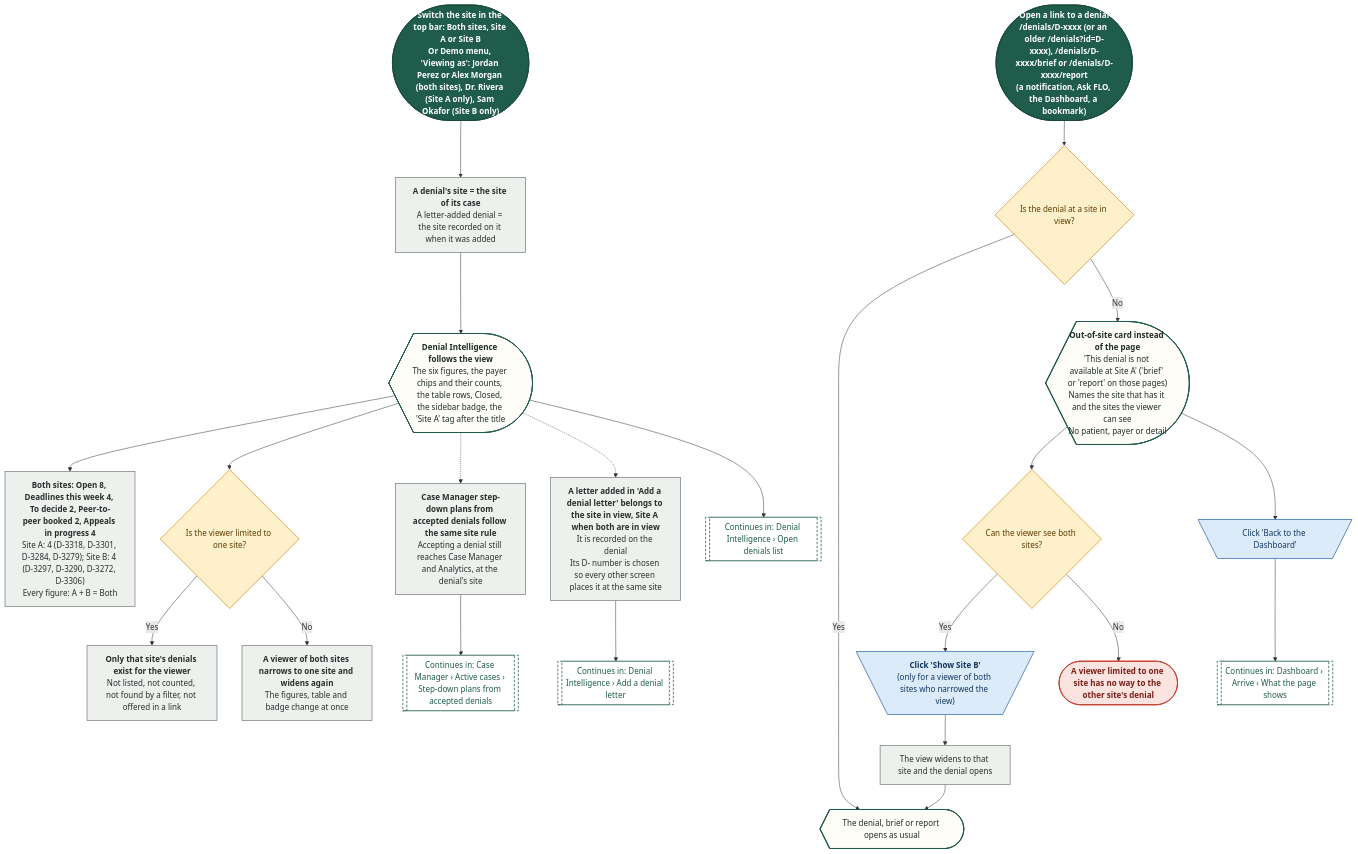
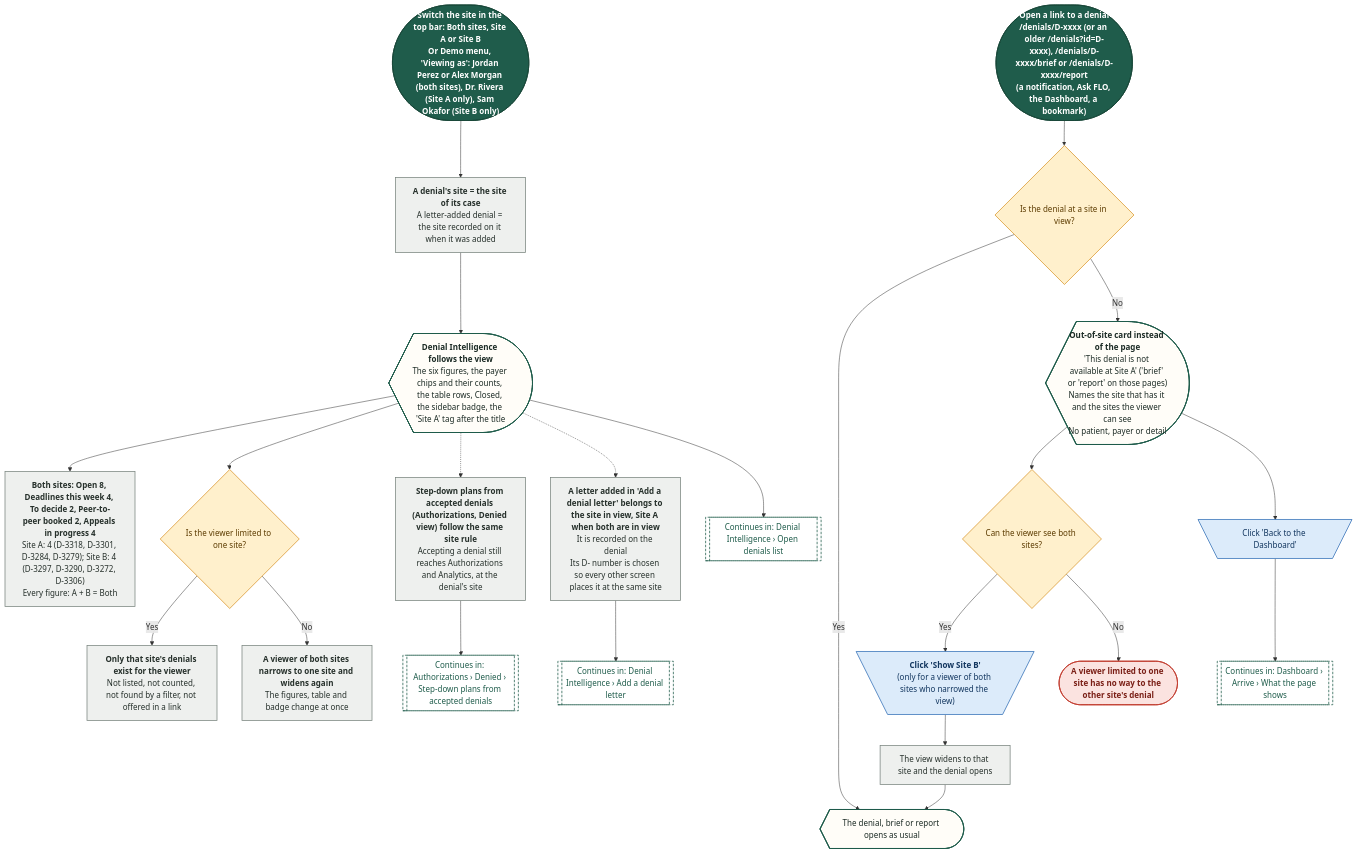
One commit to Shrav143/psyfloapp changed diagram 17 of 28 in demos/prior-auth-demo/workflows/out/md/06-denials.md. Above: the diagram before and after it, drawn with Mermaid. The commit also changed other lines of this file and 113 other files, not shown here.

First line of the commit message:
docs: workflow diagrams for the merged Authorizations (worklist, approved, reviews and tracked cases, sidebar arrow), every link retargeted, 336 diagrams

````diff
--- a/demos/prior-auth-demo/workflows/out/md/06-denials.md
+++ b/demos/prior-auth-demo/workflows/out/md/06-denials.md
@@ -1221,62 +1221,62 @@
 ```mermaid
 %%{init: {"theme":"base","themeVariables":{"fontFamily":"'DM Sans', 'Segoe UI', system-ui, sans-serif","fontSize":"15px","lineColor":"#5B6B63","primaryTextColor":"#1C2B25","clusterBkg":"#FBF8F3","clusterBorder":"#D9CDBB","edgeLabelBackground":"#FFFFFF"},"flowchart":{"curve":"basis","nodeSpacing":36,"rankSpacing":48,"padding":12,"htmlLabels":true,"useMaxWidth":false,"wrappingWidth":230}} }%%
 flowchart TD
   classDef k_start fill:#1F5C4B,stroke:#174638,color:#FFFFFF,stroke-width:1.5px,font-weight:600
   classDef k_end fill:#DDEFE3,stroke:#2E7D4F,color:#14502F,stroke-width:1.5px,font-weight:600
   classDef k_endx fill:#FBE3E0,stroke:#C0392B,color:#7A1F16,stroke-width:1.5px,font-weight:600
   classDef k_screen fill:#FFFDF8,stroke:#1F5C4B,color:#1C2B25,stroke-width:2px
   classDef k_overlay fill:#F1F7F3,stroke:#1F5C4B,color:#1C2B25,stroke-width:2px,stroke-dasharray:5 3
   classDef k_click fill:#DCEBFA,stroke:#2F6DB5,color:#12365F,stroke-width:1.5px
   classDef k_input fill:#E4E7FF,stroke:#4C5FD5,color:#1D2670,stroke-width:1.5px
   classDef k_process fill:#EEF0EE,stroke:#7A857F,color:#26302B,stroke-width:1.5px
   classDef k_agent fill:#EEE5FA,stroke:#7A4FC2,color:#341A63,stroke-width:1.5px
   classDef k_decision fill:#FFF0CC,stroke:#D9962B,color:#5C3B00,stroke-width:1.5px
   classDef k_store fill:#D5F0EA,stroke:#1C8E7B,color:#0B4A3F,stroke-width:1.5px
   classDef k_doc fill:#F6E9DC,stroke:#B07A4C,color:#4A2E14,stroke-width:1.5px
   classDef k_ext fill:#FFE6D2,stroke:#E07B39,color:#6B2F06,stroke-width:1.5px
   classDef k_wait fill:#E4E8EE,stroke:#6B7C93,color:#26303D,stroke-width:1.5px
   classDef k_toast fill:#FFF9DB,stroke:#C9A400,color:#5A4A00,stroke-width:1.5px
   classDef k_goto fill:#FFFFFF,stroke:#1F5C4B,color:#1F5C4B,stroke-width:1.5px,stroke-dasharray:5 3
   s1@{ shape: stadium, label: "<b>Switch the site in the top bar: Both sites, Site A or Site B</b><br/>Or Demo menu, 'Viewing as': Jordan Perez or Alex Morgan (both sites), Dr. Rivera (Site A only), Sam Okafor (Site B only)" }
   p1@{ shape: rect, label: "<b>A denial's site = the site of its case</b><br/>A letter-added denial = the site recorded on it when it was added" }
   sc1@{ shape: curv-trap, label: "<b>Denial Intelligence follows the view</b><br/>The six figures, the payer chips and their counts, the table rows, Closed, the sidebar badge, the 'Site A' tag after the title" }
   p2@{ shape: rect, label: "<b>Both sites: Open 8, Deadlines this week 4, To decide 2, Peer-to-peer booked 2, Appeals in progress 4</b><br/>Site A: 4 (D-3318, D-3301, D-3284, D-3279); Site B: 4 (D-3297, D-3290, D-3272, D-3306)<br/>Every figure: A + B = Both" }
   d1@{ shape: diam, label: "Is the viewer limited to one site?" }
   p3@{ shape: rect, label: "<b>Only that site's denials exist for the viewer</b><br/>Not listed, not counted, not found by a filter, not offered in a link" }
   p4@{ shape: rect, label: "<b>A viewer of both sites narrows to one site and widens again</b><br/>The figures, table and badge change at once" }
-  p5@{ shape: rect, label: "<b>Case Manager step-down plans from accepted denials follow the same site rule</b><br/>Accepting a denial still reaches Case Manager and Analytics, at the denial's site" }
+  p5@{ shape: rect, label: "<b>Step-down plans from accepted denials (Authorizations, Denied view) follow the same site rule</b><br/>Accepting a denial still reaches Authorizations and Analytics, at the denial's site" }
   p6@{ shape: rect, label: "<b>A letter added in 'Add a denial letter' belongs to the site in view, Site A when both are in view</b><br/>It is recorded on the denial<br/>Its D- number is chosen so every other screen places it at the same site" }
   s2@{ shape: stadium, label: "<b>Open a link to a denial</b><br/>/denials/D-xxxx (or an older /denials?id=D-xxxx), /denials/D-xxxx/brief or /denials/D-xxxx/report<br/>(a notification, Ask FLO, the Dashboard, a bookmark)" }
   d2@{ shape: diam, label: "Is the denial at a site in view?" }
   ok@{ shape: curv-trap, label: "The denial, brief or report opens as usual" }
   o1@{ shape: curv-trap, label: "<b>Out-of-site card instead of the page</b><br/>'This denial is not available at Site A' ('brief' or 'report' on those pages)<br/>Names the site that has it and the sites the viewer can see<br/>No patient, payer or detail" }
   d3@{ shape: diam, label: "Can the viewer see both sites?" }
   c1@{ shape: trap-t, label: "<b>Click 'Show Site B'</b><br/>(only for a viewer of both sites who narrowed the view)" }
   p7@{ shape: rect, label: "The view widens to that site and the denial opens" }
   c2@{ shape: trap-t, label: "Click 'Back to the Dashboard'" }
   g1@{ shape: subproc, label: "Continues in: Dashboard › Arrive › What the page shows" }
   e1@{ shape: stadium, label: "A viewer limited to one site has no way to the other site's denial" }
   g2@{ shape: subproc, label: "Continues in: Denial Intelligence › Open denials list" }
   g3@{ shape: subproc, label: "Continues in: Denial Intelligence › Add a denial letter" }
-  g4@{ shape: subproc, label: "Continues in: Case Manager › Active cases › Step-down plans from accepted denials" }
+  g4@{ shape: subproc, label: "Continues in: Authorizations › Denied › Step-down plans from accepted denials" }
   s1 --> p1 --> sc1 --> p2
   sc1 --> d1
   d1 -->|"Yes"| p3
   d1 -->|"No"| p4
   sc1 -.-> p5 --> g4
   sc1 -.-> p6 --> g3
   sc1 --> g2
   s2 --> d2
   d2 -->|"Yes"| ok
   d2 -->|"No"| o1 --> d3
   d3 -->|"Yes"| c1 --> p7 --> ok
   d3 -->|"No"| e1
   o1 --> c2 --> g1
   class s1,s2 k_start
   class p1,p2,p3,p4,p5,p6,p7 k_process
   class sc1,ok,o1 k_screen
   class d1,d2,d3 k_decision
   class c1,c2 k_click
   class g1,g2,g3,g4 k_goto
   class e1 k_endx
 ```
````
